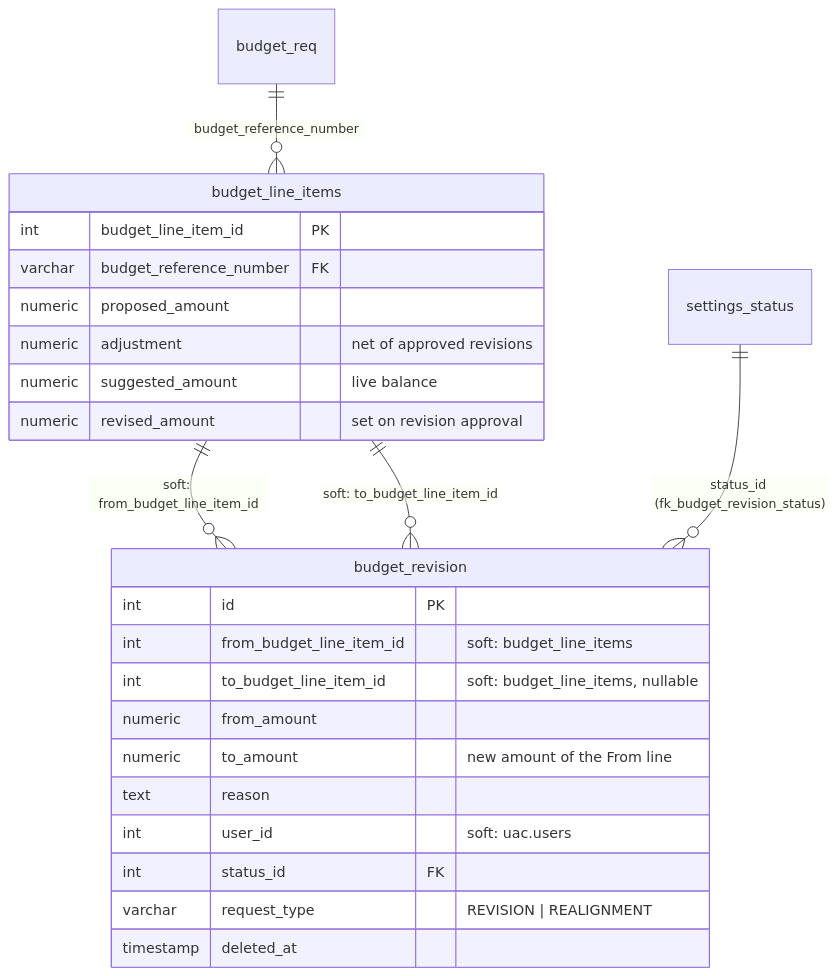
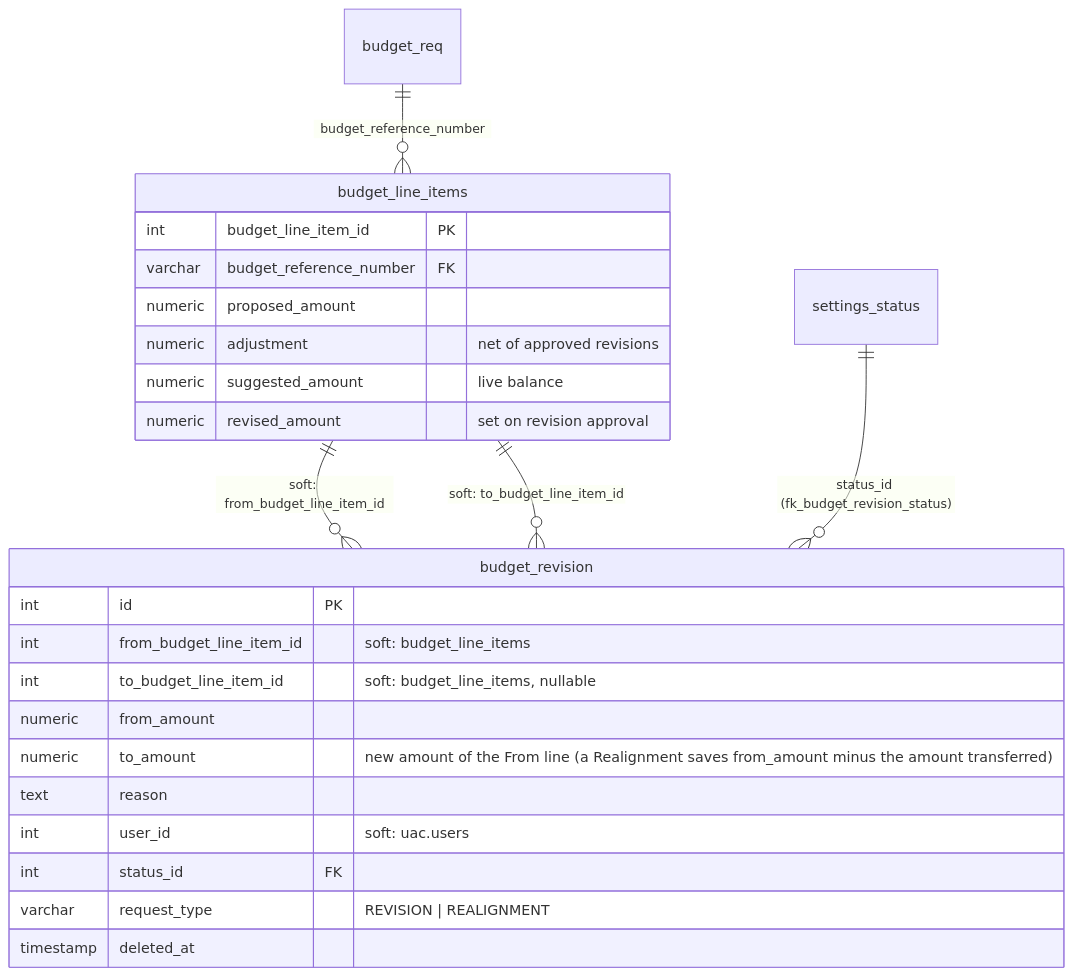
The fifth of 39 diagrams in system_docs/ERD/README.md (A-team-ITBS/fims-nha), drawn with Mermaid before and after one commit. The commit also changed other lines of this file and 7 other files, not shown here.

````diff
--- a/system_docs/ERD/README.md
+++ b/system_docs/ERD/README.md
@@ -339,27 +339,27 @@
 ```mermaid
 erDiagram
     budget_revision {
         int id PK
         int from_budget_line_item_id "soft: budget_line_items"
         int to_budget_line_item_id "soft: budget_line_items, nullable"
         numeric from_amount
-        numeric to_amount "new amount of the From line"
+        numeric to_amount "new amount of the From line (a Realignment saves from_amount minus the amount transferred)"
         text reason
         int user_id "soft: uac.users"
         int status_id FK
         varchar request_type "REVISION | REALIGNMENT"
         timestamp deleted_at
     }
     budget_line_items {
         int budget_line_item_id PK
         varchar budget_reference_number FK
         numeric proposed_amount
         numeric adjustment "net of approved revisions"
         numeric suggested_amount "live balance"
         numeric revised_amount "set on revision approval"
     }
     budget_line_items ||--o{ budget_revision : "soft: from_budget_line_item_id"
     budget_line_items ||--o{ budget_revision : "soft: to_budget_line_item_id"
     settings_status ||--o{ budget_revision : "status_id (fk_budget_revision_status)"
     budget_req ||--o{ budget_line_items : "budget_reference_number"
 ```
````
